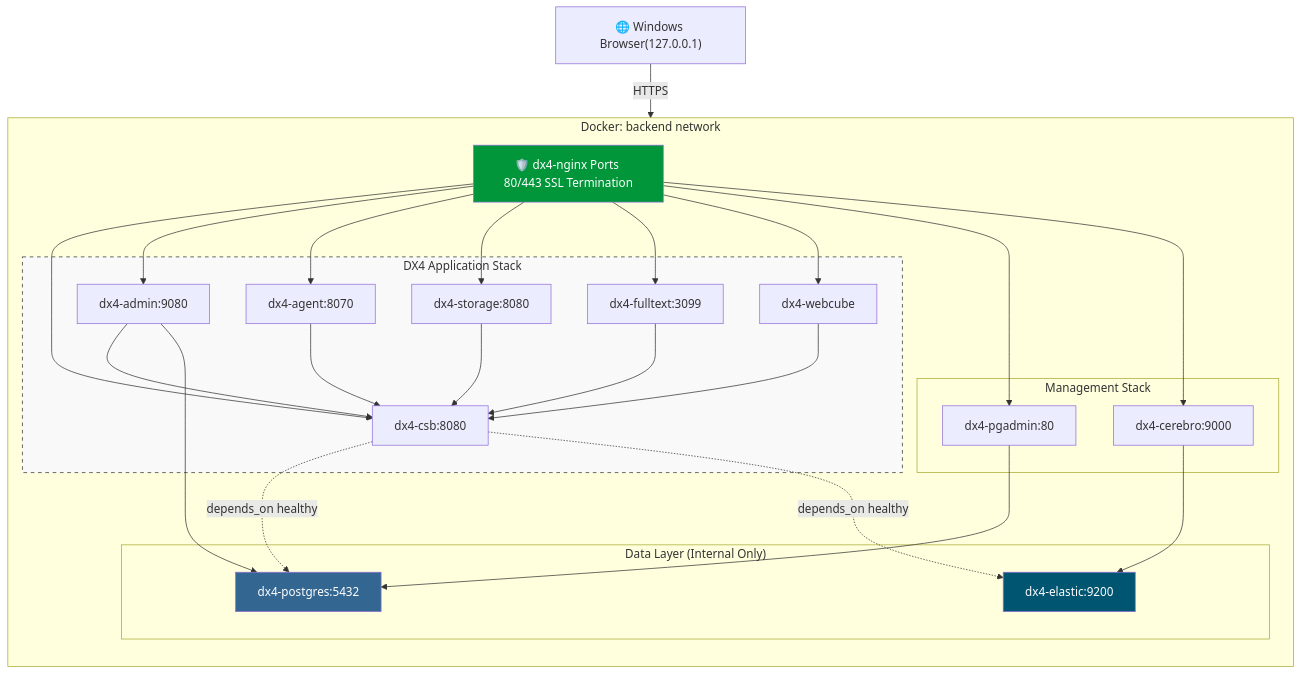
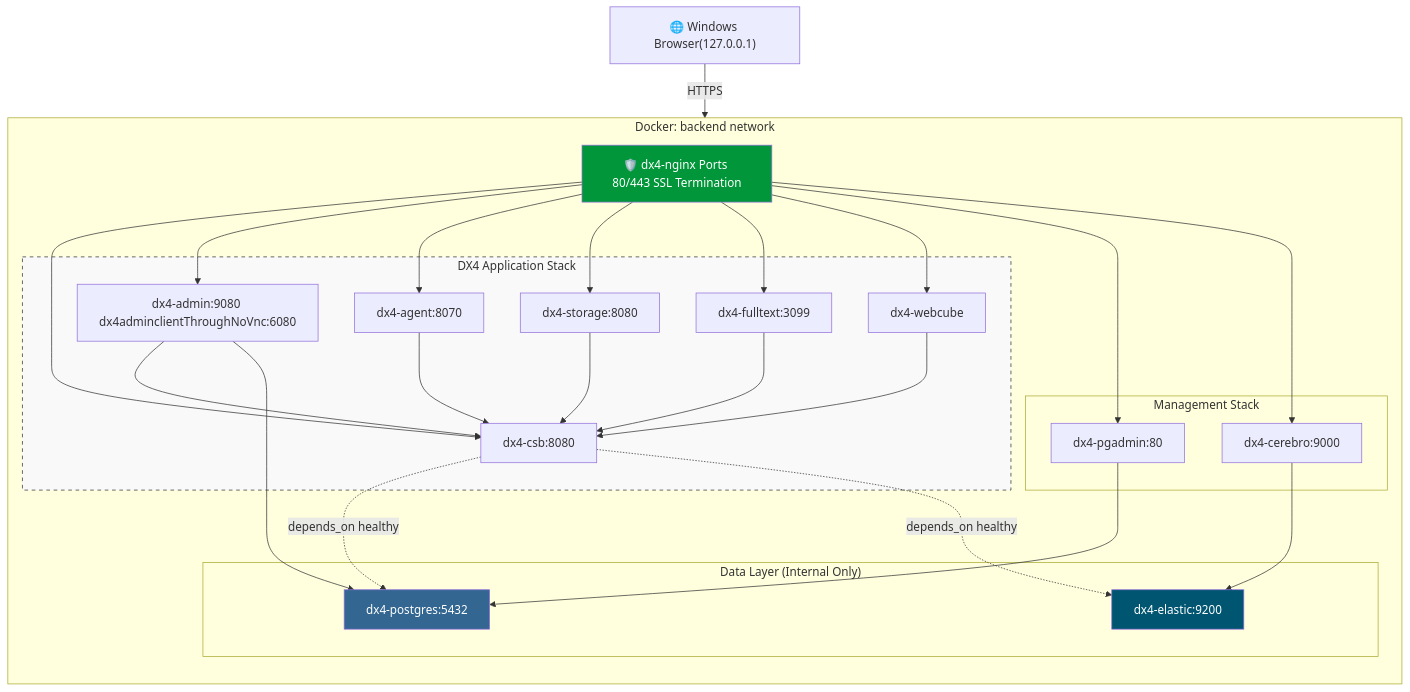
Before and after one commit to alf-wchong/SER-Doxis-CSB-Helper: the diagram in LocalDevEnv/EdgeTerminatedSSL/DockerComposeModifications_updated_v2.md, drawn with Mermaid.

````diff
--- a/LocalDevEnv/EdgeTerminatedSSL/DockerComposeModifications_updated_v2.md
+++ b/LocalDevEnv/EdgeTerminatedSSL/DockerComposeModifications_updated_v2.md
@@ -49,68 +49,68 @@
 ```mermaid
 flowchart TB
     %% External Entry
     Browser["🌐 Windows Browser(127.0.0.1)"]
     
     subgraph Docker_Network ["Docker: backend network"]
         direction TB
         
         %% Reverse Proxy
         Nginx["🛡️ dx4-nginx Ports 80/443 SSL Termination"]
 
         %% Management Tools
         subgraph Management ["Management Stack"]
             PgAdmin["dx4-pgadmin:80"]
             Cerebro["dx4-cerebro:9000"]
         end
 
         %% Core DX4 Stack
         subgraph DX4_Core ["DX4 Application Stack"]
             CSB["dx4-csb:8080"]
-            Admin["dx4-admin:9080"]
+            Admin["dx4-admin:9080 dx4adminclientThroughNoVnc:6080"]
             Agent["dx4-agent:8070"]
             Storage["dx4-storage:8080"]
             Fulltext["dx4-fulltext:3099"]
             WebCube["dx4-webcube"]
         end
 
         %% Internal Data Layer
         subgraph Data_Layer ["Data Layer (Internal Only)"]
             Elastic["dx4-elastic:9200"]
             Postgres["dx4-postgres:5432"]
         end
     end
 
     %% Routing
     Browser -->|HTTPS| Nginx
     
     %% Nginx Reverse Proxy Links
     Nginx --> CSB
     Nginx --> Admin
     Nginx --> Agent
     Nginx --> Storage
     Nginx --> Fulltext
     Nginx --> WebCube
     Nginx --> PgAdmin
     Nginx --> Cerebro
 
     %% Internal Dependencies & Healthchecks
     CSB -.->|depends_on healthy| Postgres
     CSB -.->|depends_on healthy| Elastic
     
     Admin --> CSB
     Agent --> CSB
     Storage --> CSB
     Fulltext --> CSB
     WebCube --> CSB
     
     %% Database specific links
     Admin --> Postgres
     PgAdmin --> Postgres
     Cerebro --> Elastic
 
     %% Styling
     style Postgres fill:#336791,color:#fff
     style Elastic fill:#005571,color:#fff
     style Nginx fill:#009639,color:#fff
     style DX4_Core fill:#f9f9f9,stroke:#333,stroke-dasharray: 5 5
 ```
````
